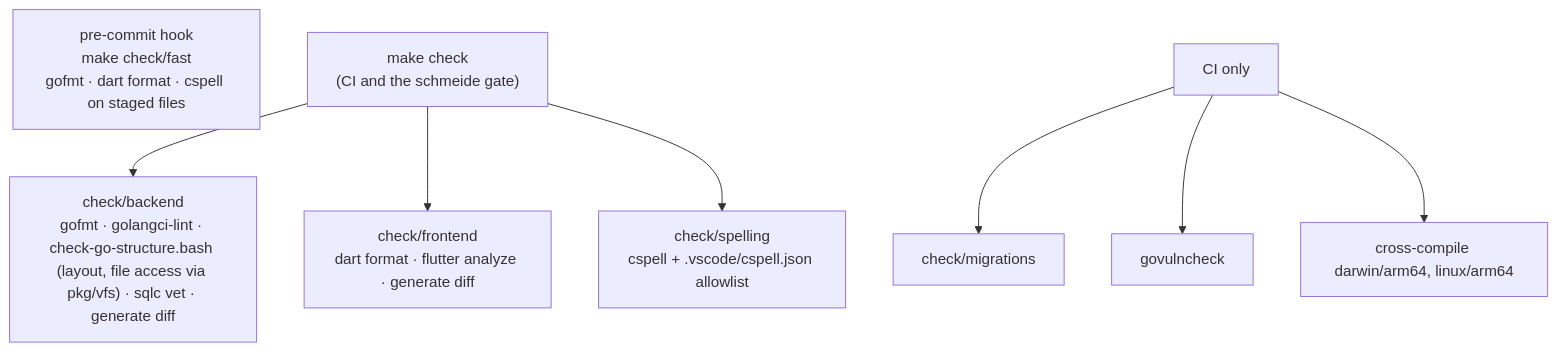
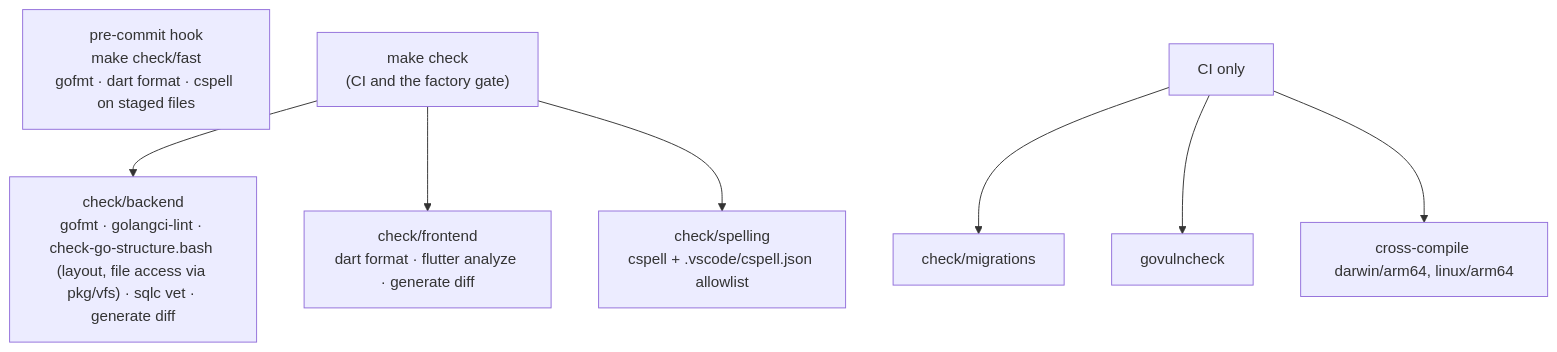
Before and after one commit to autobutler-org/quark: the second of 3 diagrams in docs/architecture/tooling.md, drawn with Mermaid. The commit also changed 9 other files, not shown here.

````diff
--- a/docs/architecture/tooling.md
+++ b/docs/architecture/tooling.md
@@ -27,11 +27,11 @@
 ```mermaid
 flowchart TB
     hook["pre-commit hook<br/>make check/fast<br/>gofmt · dart format · cspell on staged files"]
-    check["make check<br/>(CI and the schmeide gate)"]
+    check["make check<br/>(CI and the factory gate)"]
     check --> be["check/backend<br/>gofmt · golangci-lint · check-go-structure.bash (layout, file access via pkg/vfs) · sqlc vet · generate diff"]
     check --> fe["check/frontend<br/>dart format · flutter analyze · generate diff"]
     check --> sp["check/spelling<br/>cspell + .vscode/cspell.json allowlist"]
     ci["CI only"] --> mig["check/migrations"]
     ci --> vuln["govulncheck"]
     ci --> cross["cross-compile darwin/arm64, linux/arm64"]
 ```
````
